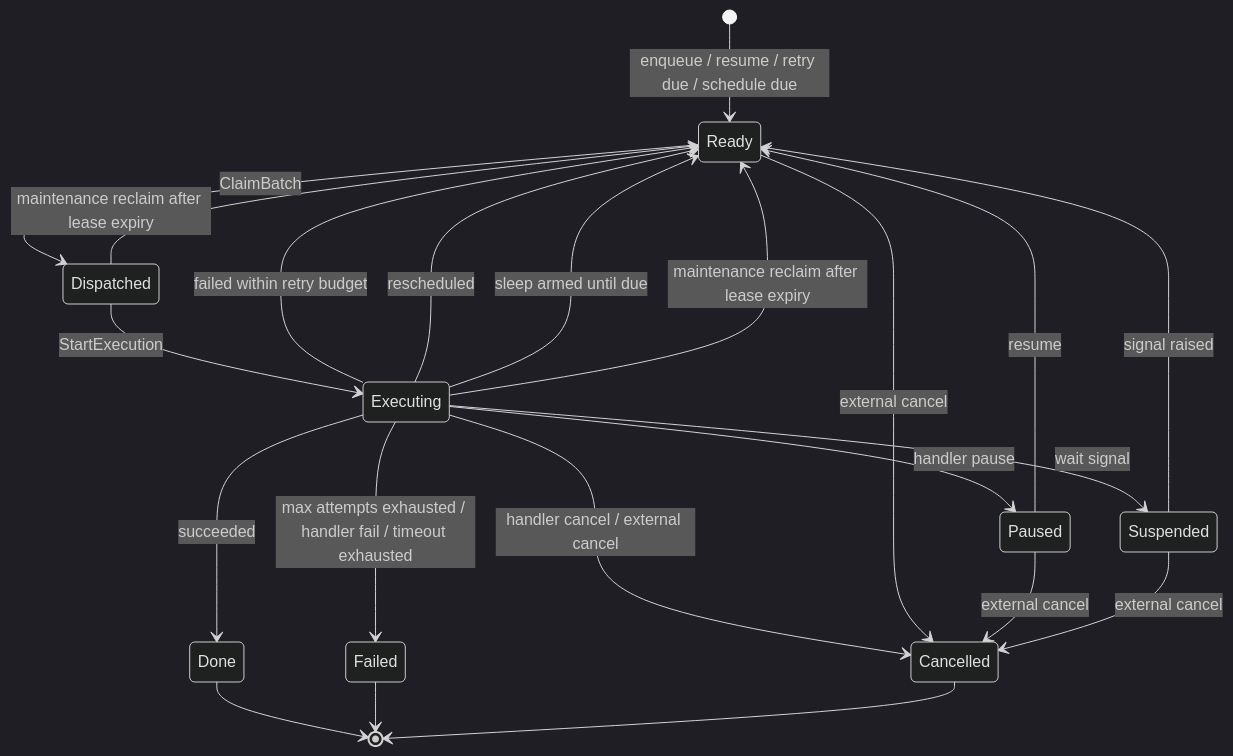
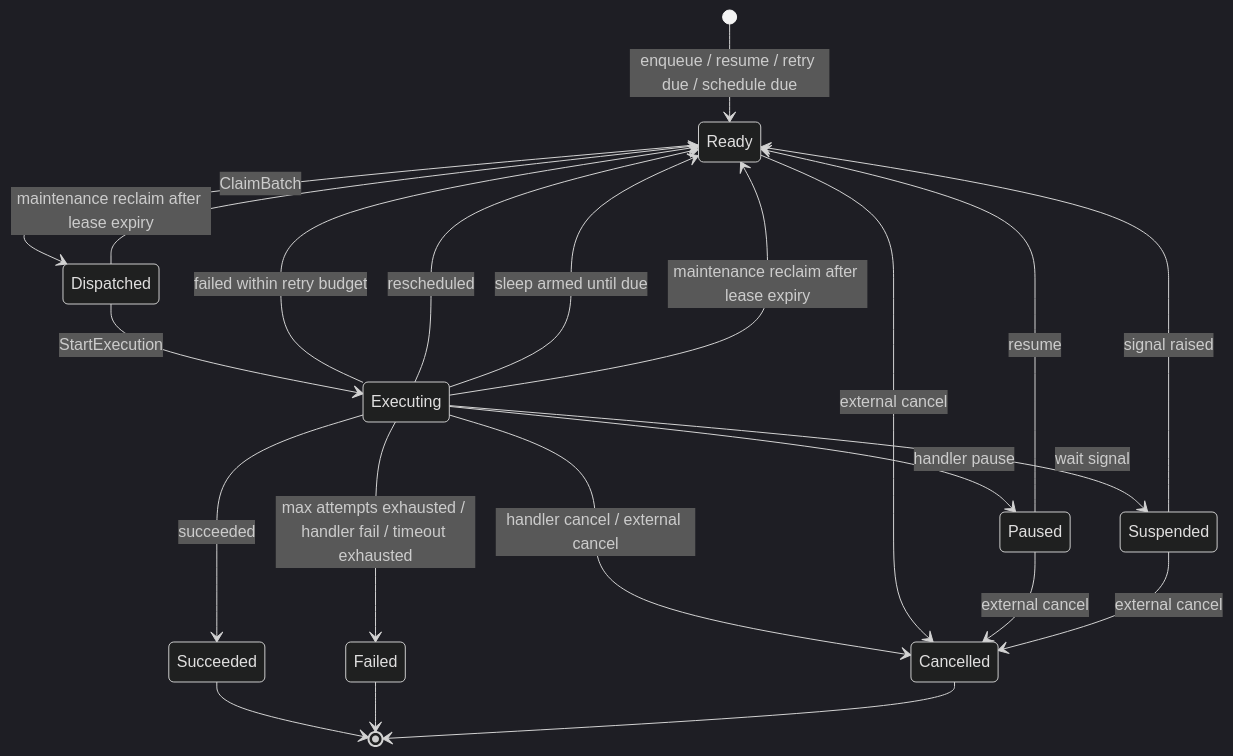
The fourth of 6 diagrams in docs/technical/architecture-diagrams.md (acta-dotnet/acta), drawn with Mermaid (dark theme) before and after one commit. The commit also changed other lines of this file and 63 other files, not shown here.

````diff
--- a/docs/technical/architecture-diagrams.md
+++ b/docs/technical/architecture-diagrams.md
@@ -154,29 +154,29 @@
 ```mermaid
 stateDiagram-v2
     [*] --> Ready: enqueue / resume / retry due / schedule due
 
     Ready --> Dispatched: ClaimBatch
     Dispatched --> Executing: StartExecution
 
-    Executing --> Done: succeeded
+    Executing --> Succeeded: succeeded
     Executing --> Ready: failed within retry budget
     Executing --> Ready: rescheduled
     Executing --> Suspended: wait signal
     Executing --> Ready: sleep armed until due
     Executing --> Paused: handler pause
     Executing --> Failed: max attempts exhausted / handler fail / timeout exhausted
     Executing --> Cancelled: handler cancel / external cancel
 
     Dispatched --> Ready: maintenance reclaim after lease expiry
     Executing --> Ready: maintenance reclaim after lease expiry
 
     Suspended --> Ready: signal raised
     Paused --> Ready: resume
     Ready --> Cancelled: external cancel
     Paused --> Cancelled: external cancel
     Suspended --> Cancelled: external cancel
 
-    Done --> [*]
+    Succeeded --> [*]
     Failed --> [*]
     Cancelled --> [*]
 ```
````
